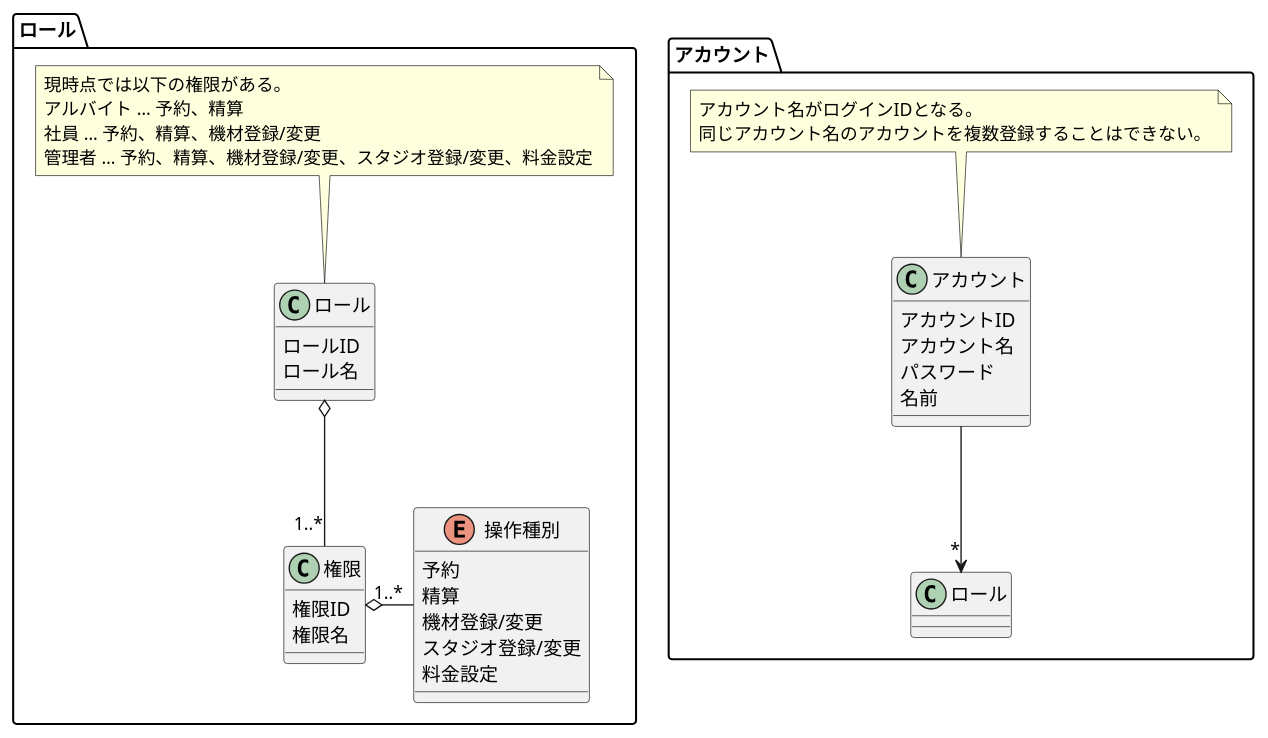
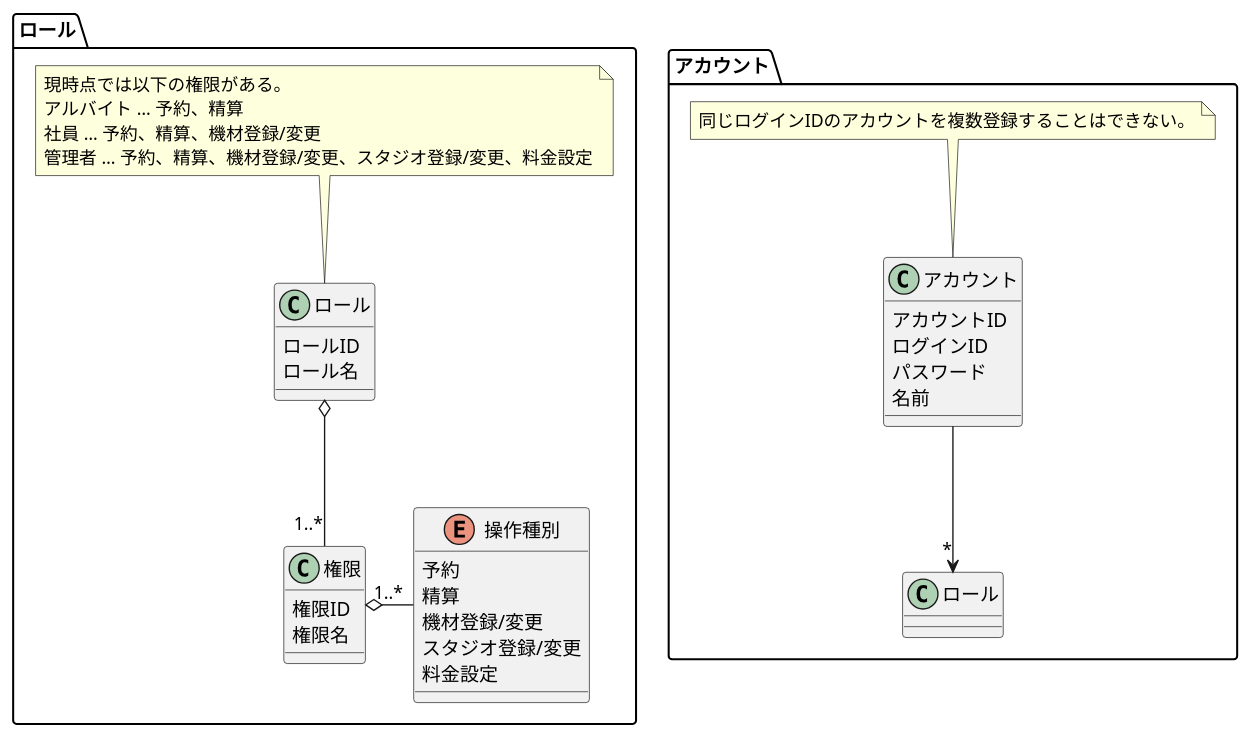
The diagram in modeling/07_DomainModel_認証.pu (TakashiOnawa/ddd-practice-studio-reservation), drawn with PlantUML before and after one commit. The commit also changed 7 other files, not shown here.

```diff
--- a/modeling/07_DomainModel_認証.pu
+++ b/modeling/07_DomainModel_認証.pu
@@ -1,49 +1,48 @@
 @startuml DomainModel
 
 package アカウント {
     class アカウント {
         アカウントID
-        アカウント名
+        ログインID
         パスワード
         名前
     }
 
     アカウント --> "*" ロール
 
     note top of アカウント
-    アカウント名がログインIDとなる。
-    同じアカウント名のアカウントを複数登録することはできない。
+    同じログインIDのアカウントを複数登録することはできない。
     end note
 }
 
 package ロール {
     class ロール {
         ロールID
         ロール名
     }
 
     class 権限 {
         権限ID
         権限名
     }
 
     enum 操作種別 {
         予約
         精算
         機材登録/変更
         スタジオ登録/変更
         料金設定
     }
 
     ロール o-- "1..*" 権限
     権限 o- "1..*" 操作種別
 
     note top of ロール
     現時点では以下の権限がある。
     アルバイト … 予約、精算
     社員 … 予約、精算、機材登録/変更
     管理者 … 予約、精算、機材登録/変更、スタジオ登録/変更、料金設定
     end note
 }
 
 @enduml
```
